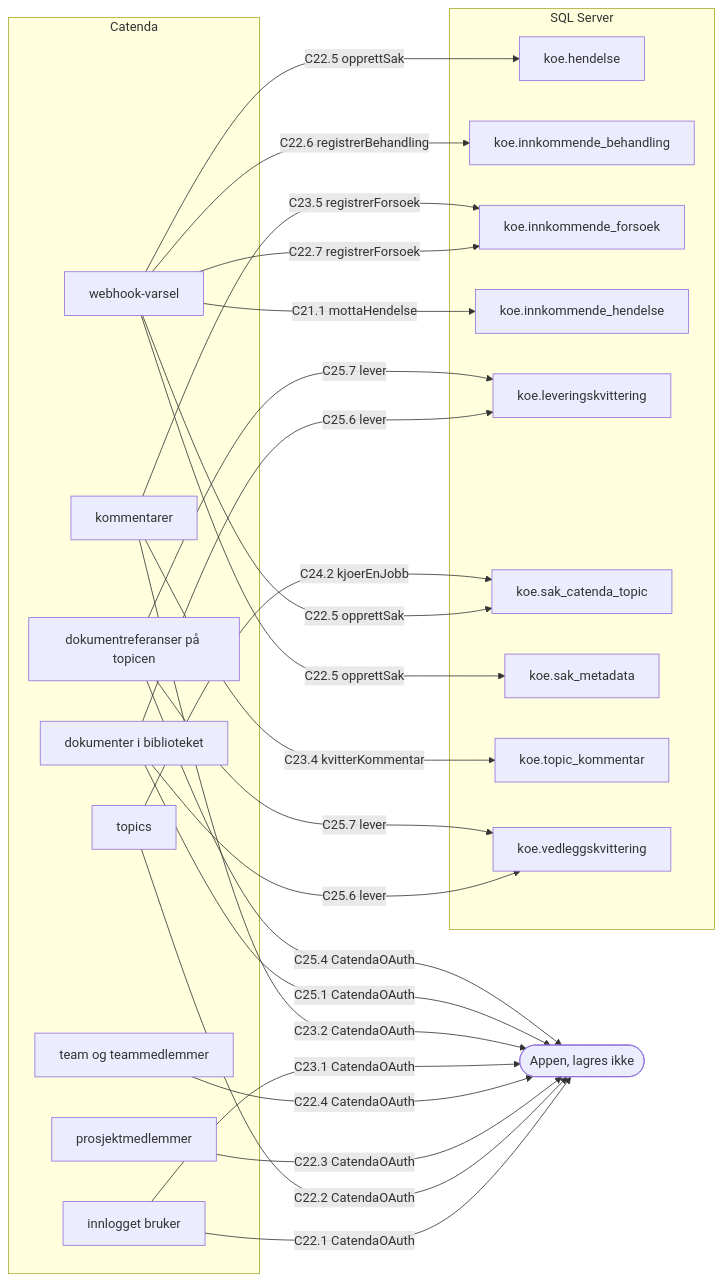
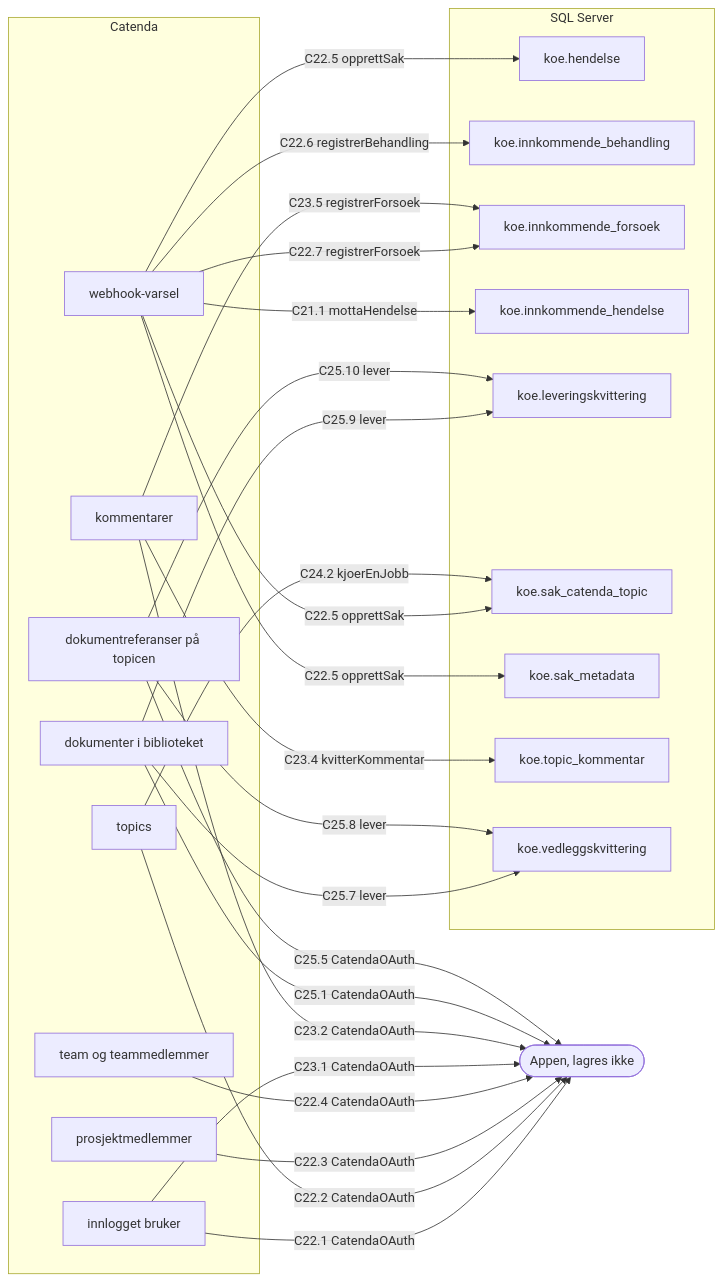
One commit to khjohns/endringsmeldinger changed the second of 4 diagrams in docs/datamodell/relasjoner.md. Above: the diagram before and after it, drawn with Mermaid. The commit also changed other lines of this file and 4 other files, not shown here.

````diff
--- a/docs/datamodell/relasjoner.md
+++ b/docs/datamodell/relasjoner.md
@@ -436,46 +436,46 @@
 ```mermaid
 flowchart LR
     subgraph g0["Catenda"]
         c_webhook["webhook-varsel"]
         c_bruker["innlogget bruker"]
         c_medlemmer["prosjektmedlemmer"]
         c_team["team og teammedlemmer"]
         c_topic["topics"]
         c_kommentar["kommentarer"]
         c_dokument["dokumenter i biblioteket"]
         c_dokumentreferanse["dokumentreferanser på topicen"]
     end
     subgraph g1["SQL Server"]
         t_koe_hendelse["koe.hendelse"]
         t_koe_innkommende_behandling["koe.innkommende_behandling"]
         t_koe_innkommende_forsoek["koe.innkommende_forsoek"]
         t_koe_innkommende_hendelse["koe.innkommende_hendelse"]
         t_koe_leveringskvittering["koe.leveringskvittering"]
         t_koe_sak_catenda_topic["koe.sak_catenda_topic"]
         t_koe_sak_metadata["koe.sak_metadata"]
         t_koe_topic_kommentar["koe.topic_kommentar"]
         t_koe_vedleggskvittering["koe.vedleggskvittering"]
     end
     t_appen(["Appen, lagres ikke"])
     c_webhook -->|"C21.1 mottaHendelse"| t_koe_innkommende_hendelse
     c_bruker -->|"C22.1 CatendaOAuth"| t_appen
     c_topic -->|"C22.2 CatendaOAuth"| t_appen
     c_medlemmer -->|"C22.3 CatendaOAuth"| t_appen
     c_team -->|"C22.4 CatendaOAuth"| t_appen
     c_webhook -->|"C22.5 opprettSak"| t_koe_sak_metadata
     c_webhook -->|"C22.5 opprettSak"| t_koe_hendelse
     c_webhook -->|"C22.5 opprettSak"| t_koe_sak_catenda_topic
     c_webhook -->|"C22.6 registrerBehandling"| t_koe_innkommende_behandling
     c_webhook -->|"C22.7 registrerForsoek"| t_koe_innkommende_forsoek
     c_bruker -->|"C23.1 CatendaOAuth"| t_appen
     c_kommentar -->|"C23.2 CatendaOAuth"| t_appen
     c_kommentar -->|"C23.4 kvitterKommentar"| t_koe_topic_kommentar
     c_kommentar -->|"C23.5 registrerForsoek"| t_koe_innkommende_forsoek
     c_topic -->|"C24.2 kjoerEnJobb"| t_koe_sak_catenda_topic
     c_dokument -->|"C25.1 CatendaOAuth"| t_appen
-    c_dokumentreferanse -->|"C25.4 CatendaOAuth"| t_appen
-    c_dokument -->|"C25.6 lever"| t_koe_vedleggskvittering
-    c_dokument -->|"C25.6 lever"| t_koe_leveringskvittering
-    c_dokumentreferanse -->|"C25.7 lever"| t_koe_vedleggskvittering
-    c_dokumentreferanse -->|"C25.7 lever"| t_koe_leveringskvittering
+    c_dokumentreferanse -->|"C25.5 CatendaOAuth"| t_appen
+    c_dokument -->|"C25.7 lever"| t_koe_vedleggskvittering
+    c_dokumentreferanse -->|"C25.8 lever"| t_koe_vedleggskvittering
+    c_dokument -->|"C25.9 lever"| t_koe_leveringskvittering
+    c_dokumentreferanse -->|"C25.10 lever"| t_koe_leveringskvittering
 ```
````
